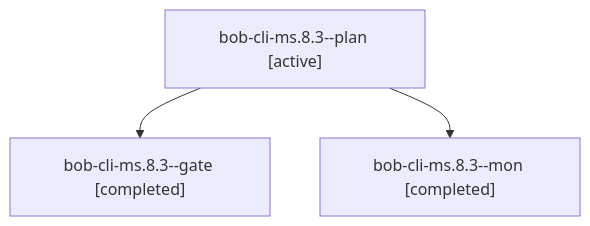
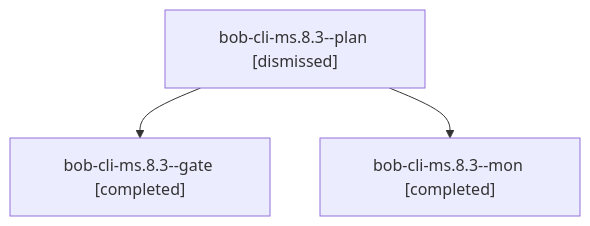
One commit to bobs-org/bob-cli--agents changed the diagram in sessions/bbugyi200.apollo.bob-cli-ms.8.3.md. Above: the diagram before and after it, drawn with Mermaid. The commit also changed other lines of this file and 126 other files, not shown here.

````diff
--- a/sessions/bbugyi200.apollo.bob-cli-ms.8.3.md
+++ b/sessions/bbugyi200.apollo.bob-cli-ms.8.3.md
@@ -9,8 +9,8 @@
 ```mermaid
 flowchart TD
-  n0["bob-cli-ms.8.3--plan [active]"]
+  n0["bob-cli-ms.8.3--plan [dismissed]"]
   n1["bob-cli-ms.8.3--gate [completed]"]
   n0 --> n1
   n2["bob-cli-ms.8.3--mon [completed]"]
   n0 --> n2
 ```
````
